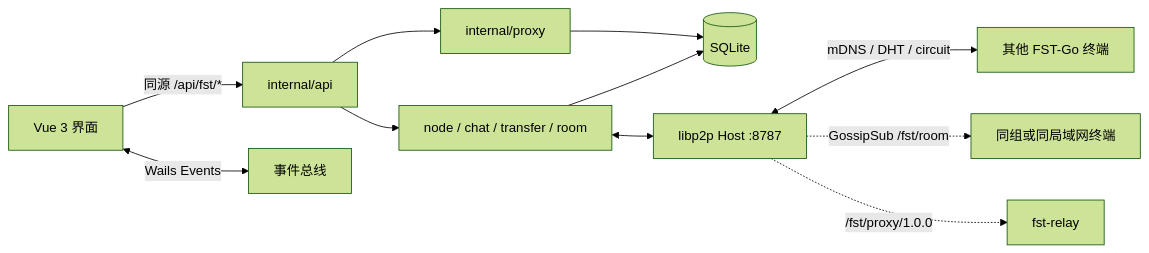
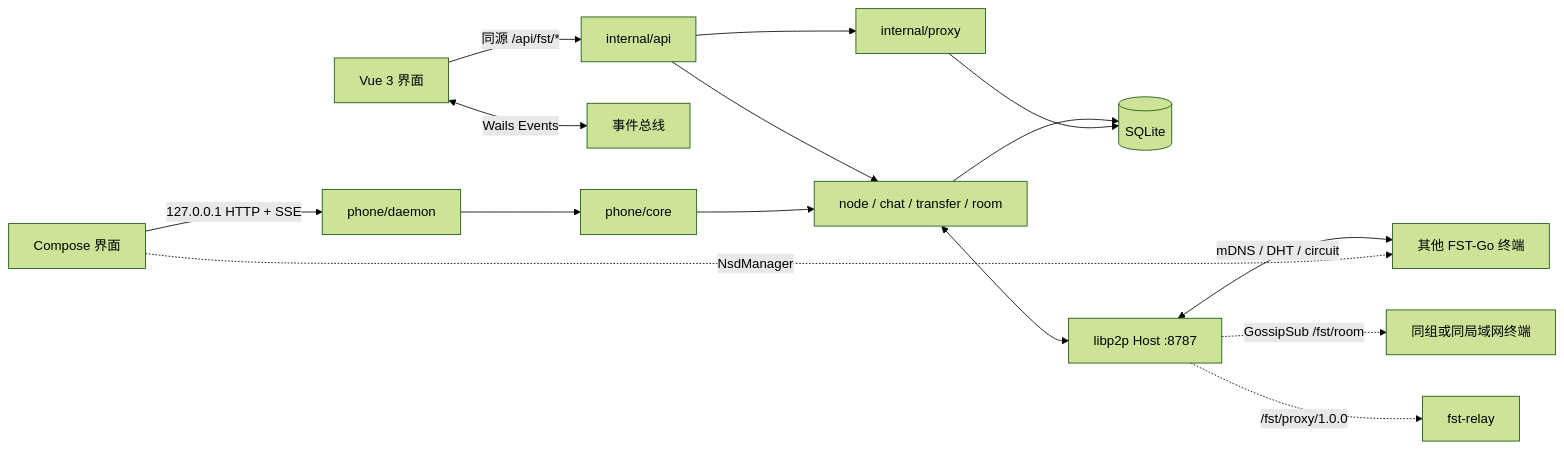
One commit to xuey490/Fst-go changed the diagram in README_zh.md. Above: the diagram before and after it, drawn with Mermaid (forest theme). The commit also changed other lines of this file and 2 other files, not shown here.

````diff
--- a/README_zh.md
+++ b/README_zh.md
@@ -100,13 +109,17 @@
 ```mermaid
 flowchart LR
   UI[Vue 3 界面] -->|同源 /api/fst/*| API[internal/api]
   UI <-->|Wails Events| EVT[事件总线]
+  KUI[Compose 界面] -->|127.0.0.1 HTTP + SSE| DMN[phone/daemon]
+  DMN --> PCORE[phone/core]
   API --> CORE[node / chat / transfer / room]
   API --> PROXY[internal/proxy]
+  PCORE --> CORE
   CORE --> DB[(SQLite)]
   PROXY --> DB
   CORE <--> P2P[libp2p Host :8787]
   P2P <-->|mDNS / DHT / circuit| PEER[其他 FST-Go 终端]
   P2P -.->|GossipSub /fst/room| ROOM[同组或同局域网终端]
   P2P -.->|/fst/proxy/1.0.0| RELAY[fst-relay]
+  KUI -.->|NsdManager| PEER
 ```
````
